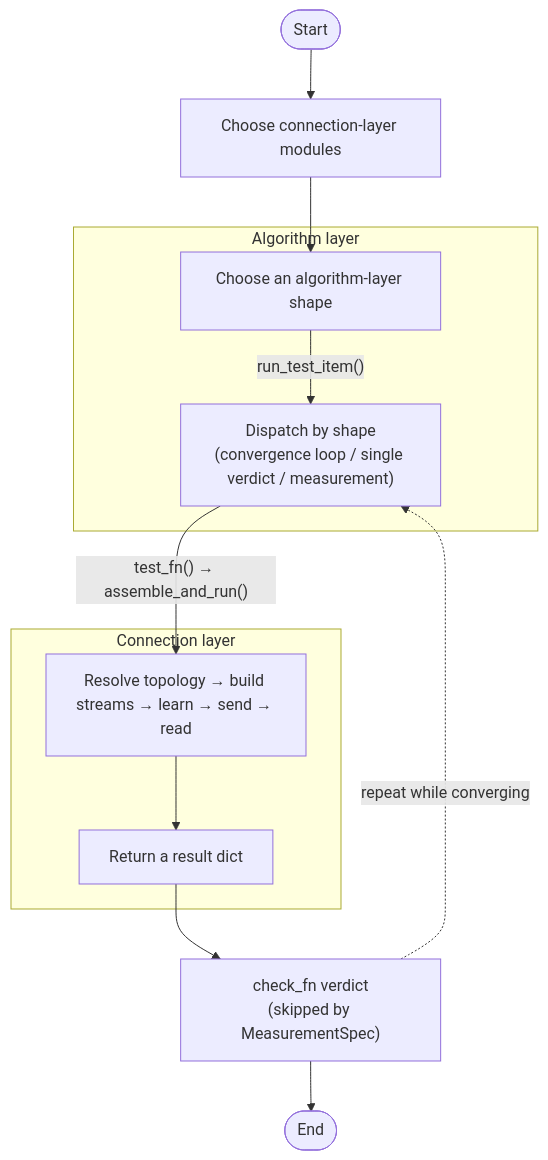
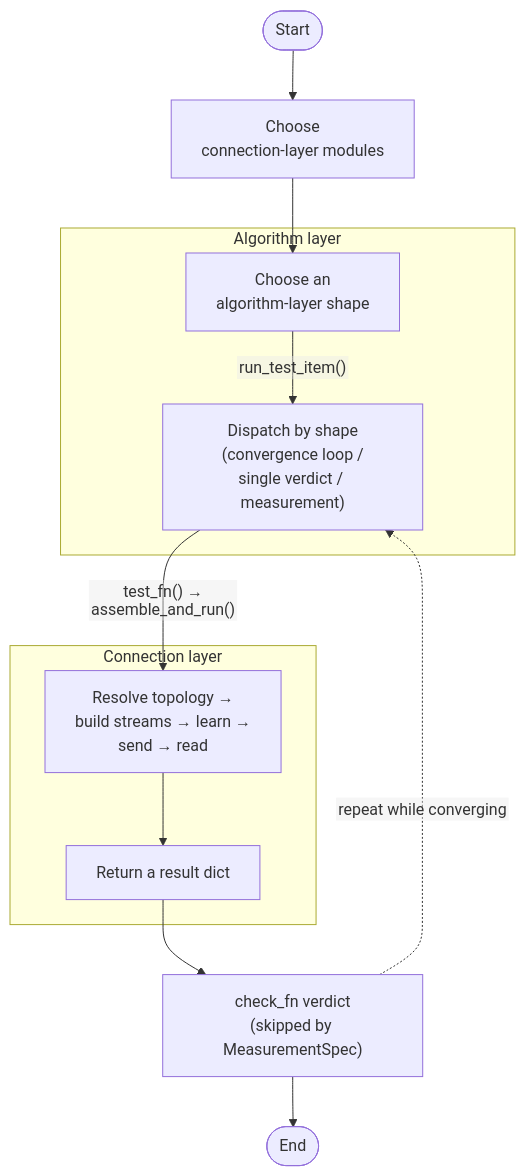
The first of 3 diagrams in python-app/README.md (isoroku41226971/Xtramus-Modular-Network-Testing), drawn with Mermaid before and after one commit. The commit also changed other lines of this file, not shown here.

Commit message:
docs: keep Mermaid diagram labels from being clipped on GitHub

````diff
--- a/python-app/README.md
+++ b/python-app/README.md
@@ -39,18 +39,19 @@
 ```mermaid
+%%{init: {"flowchart": {"htmlLabels": false}}}%%
 flowchart TD
-    Start(["Start"]) --> Pick["Choose connection-layer modules"]
-    Pick --> Shape["Choose an algorithm-layer shape"]
+    Start(["Start"]) --> Pick["Choose<br/>connection-layer modules"]
+    Pick --> Shape["Choose an<br/>algorithm-layer shape"]
 
     subgraph ALG["Algorithm layer"]
-        Shape -->|"run_test_item()"| Judge["Dispatch by shape<br/>(convergence loop / single verdict / measurement)"]
+        Shape -->|"run_test_item()"| Judge["Dispatch by shape<br/>(convergence loop /<br/>single verdict / measurement)"]
     end
 
     subgraph CONN["Connection layer"]
-        Judge -->|"test_fn() → assemble_and_run()"| Assemble["Resolve topology → build streams → learn → send → read"]
+        Judge -->|"test_fn() →<br/>assemble_and_run()"| Assemble["Resolve topology →<br/>build streams → learn →<br/>send → read"]
         Assemble --> ReturnResult["Return a result dict"]
     end
 
     ReturnResult --> CheckFn["check_fn verdict<br/>(skipped by MeasurementSpec)"]
     CheckFn -.->|"repeat while converging"| Judge
     CheckFn --> End(["End"])
 ```
````
